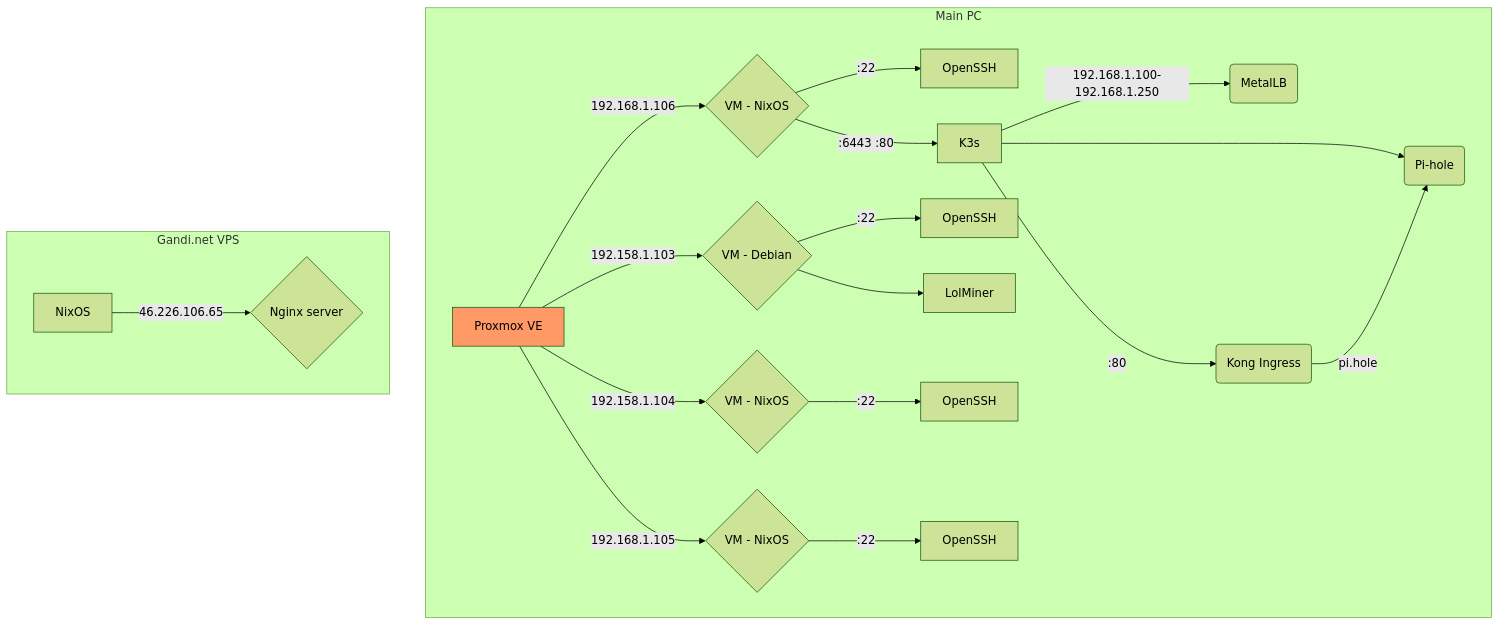
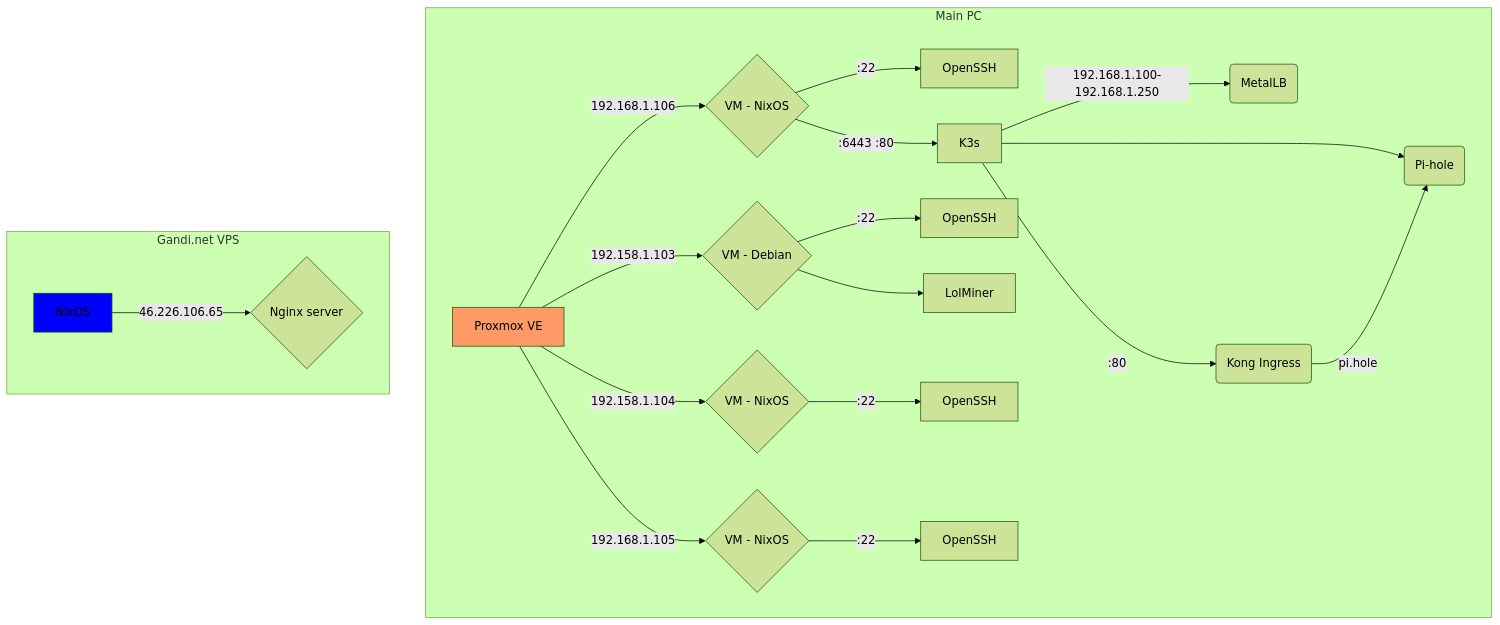
Before and after one commit to portothree/dotfiles: the diagram in homelab/README.md, drawn with Mermaid (forest theme).

Commit message:
docs: update diagram style

````diff
--- a/homelab/README.md
+++ b/homelab/README.md
@@ -6,31 +6,33 @@
 ```mermaid
 graph TD
 	subgraph Main PC
 		A[Proxmox VE] -->|192.168.1.106| 100{VM - NixOS};
 		100 -->|:22| 100_ssh[OpenSSH];
 		100 -->|:6443 :80| K3s[K3s];
 		K3s -->|192.168.1.100-192.168.1.250| MetalLB(MetalLB);
 		click MetalLB "https://metallb.org" _blank
 		K3s -->|:80| Kong(Kong Ingress);
 		K3s --> Pi-hole(Pi-hole);
 		Kong -->|pi.hole| Pi-hole;
 		
 		A -->|192.158.1.103| 102{VM - Debian};
 		102 -->|:22| 102_ssh[OpenSSH];
 		102 --> lolminer[LolMiner];
 		
 		A -->|192.158.1.104| 103{VM - NixOS};
 		103 -->|:22| 103_ssh[OpenSSH];
 		
 		A -->|192.168.1.105| 104{VM - NixOS};
 		104 -->|:22| 104_ssh[OpenSSH];
 	end
 	
 	
 	subgraph Gandi.net VPS 
 		B[NixOS] -->|46.226.106.65|	Nginx{Nginx server};	
 	end
 	
 	classDef orange fill:#f96;
+	classDef blue	fill:#00f;
 	class A orange
+	class B blue
 ```
````
